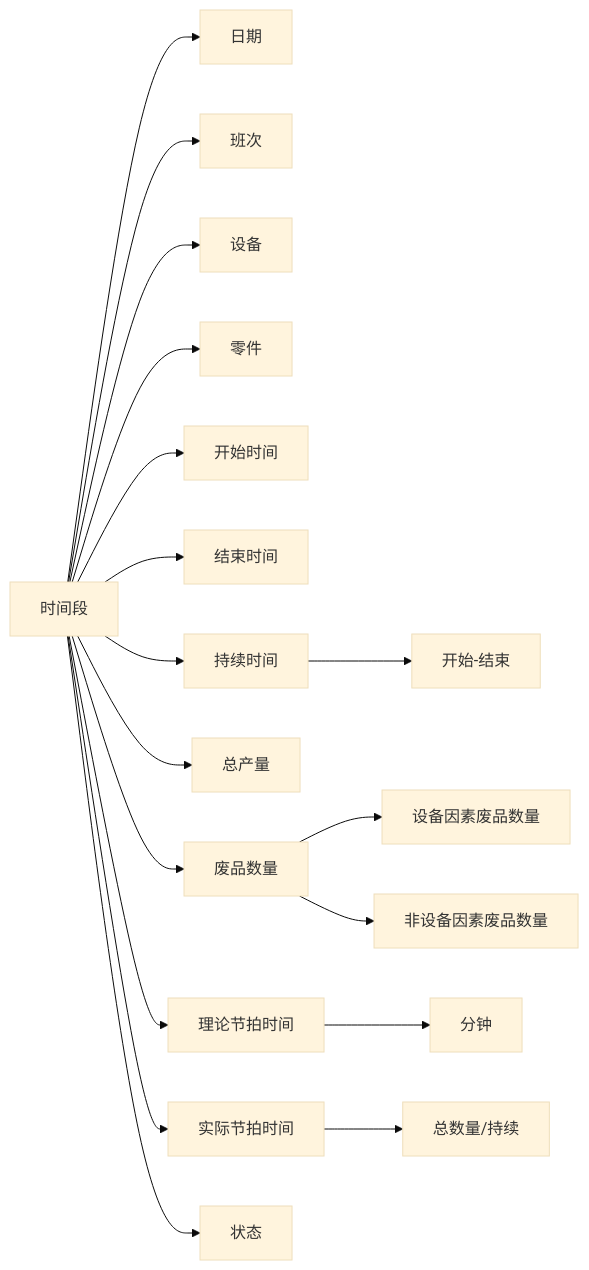
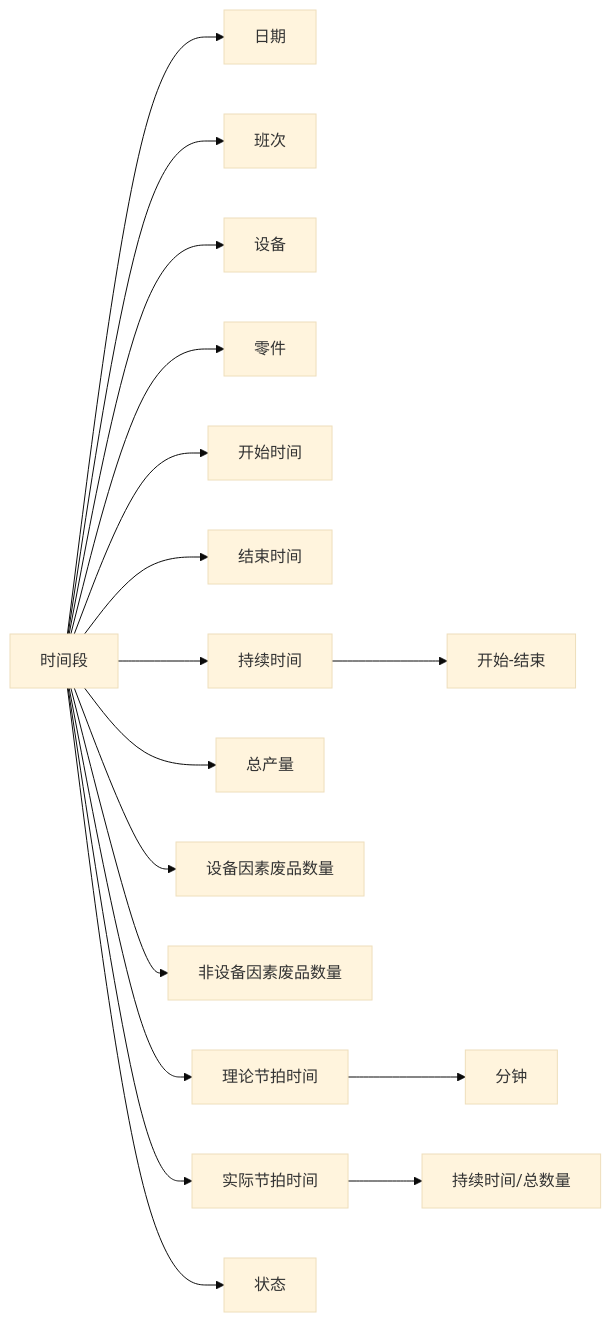
One commit to nbaxp/examples changed the second of 2 diagrams in dotnet/aspnet/Wta/be/src/Wta.Web/wwwroot/src/assets/docs/product/oee.md. Above: the diagram before and after it, drawn with Mermaid (base theme). The commit also changed other lines of this file and 1 other file, not shown here.

````diff
--- a/dotnet/aspnet/Wta/be/src/Wta.Web/wwwroot/src/assets/docs/product/oee.md
+++ b/dotnet/aspnet/Wta/be/src/Wta.Web/wwwroot/src/assets/docs/product/oee.md
@@ -40,16 +21,16 @@
 ```mermaid
 flowchart LR
 时间段-->日期
 时间段-->班次
 时间段-->设备
 时间段-->零件
 时间段-->开始时间
 时间段-->结束时间
 时间段-->持续时间-->开始-结束
 时间段-->总产量
-时间段-->废品数量-->设备因素废品数量
-废品数量-->非设备因素废品数量
+时间段-->设备因素废品数量
+时间段-->非设备因素废品数量
 时间段-->理论节拍时间-->分钟
-时间段-->实际节拍时间-->总数量/持续
+时间段-->实际节拍时间-->持续时间/总数量
 时间段-->状态
 ```
````
